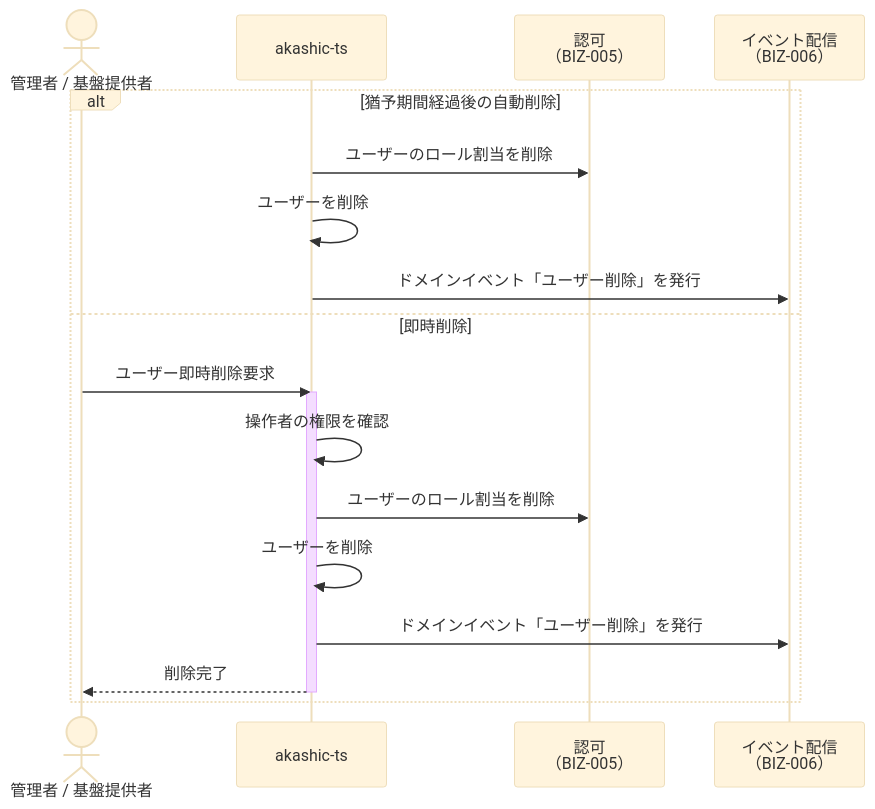
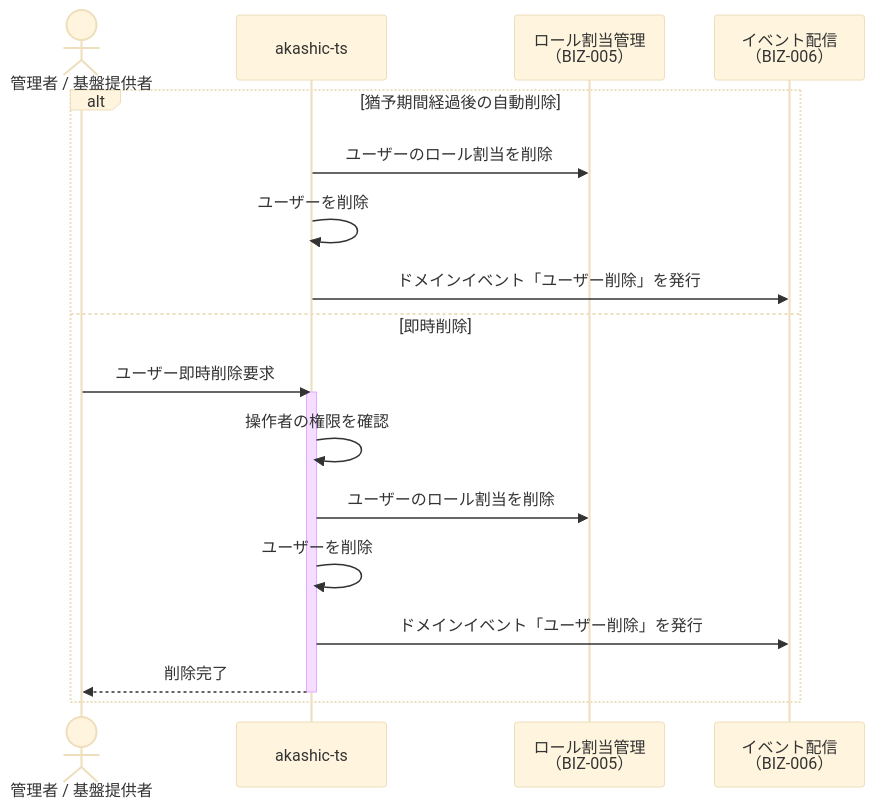
One commit to iwasa-kosui/monorepo changed the sixth of 6 diagrams in apps/akashic-ts/docs/rdra/contexts/user-lifecycle.md. Above: the diagram before and after it, drawn with Mermaid (base theme). The commit also changed 3 other files, not shown here.

First line of the commit message:
docs(akashic-ts): BIZ-005スコープ変更に伴い「認可」を「ロール割当管理」に改称

````diff
--- a/apps/akashic-ts/docs/rdra/contexts/user-lifecycle.md
+++ b/apps/akashic-ts/docs/rdra/contexts/user-lifecycle.md
@@ -403,22 +403,22 @@
 ```mermaid
 sequenceDiagram
     actor Admin as 管理者 / 基盤提供者
     participant S as akashic-ts
-    participant AUTH as 認可<br/>（BIZ-005）
+    participant AUTH as ロール割当管理<br/>（BIZ-005）
     participant EV as イベント配信<br/>（BIZ-006）
 
     alt 猶予期間経過後の自動削除
         S->>AUTH: ユーザーのロール割当を削除
         S->>S: ユーザーを削除
         S->>EV: ドメインイベント「ユーザー削除」を発行
     else 即時削除
         Admin->>S: ユーザー即時削除要求
         activate S
         S->>S: 操作者の権限を確認
         S->>AUTH: ユーザーのロール割当を削除
         S->>S: ユーザーを削除
         S->>EV: ドメインイベント「ユーザー削除」を発行
         S-->>Admin: 削除完了
         deactivate S
     end
 ```
````
